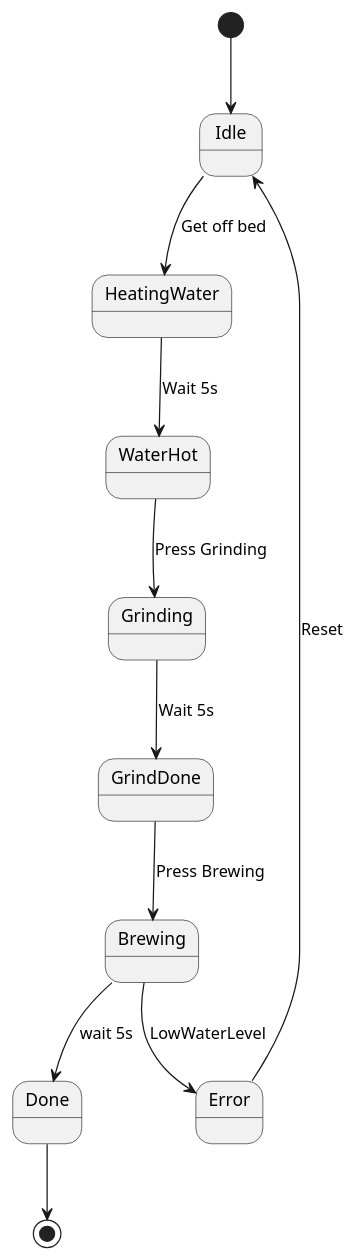
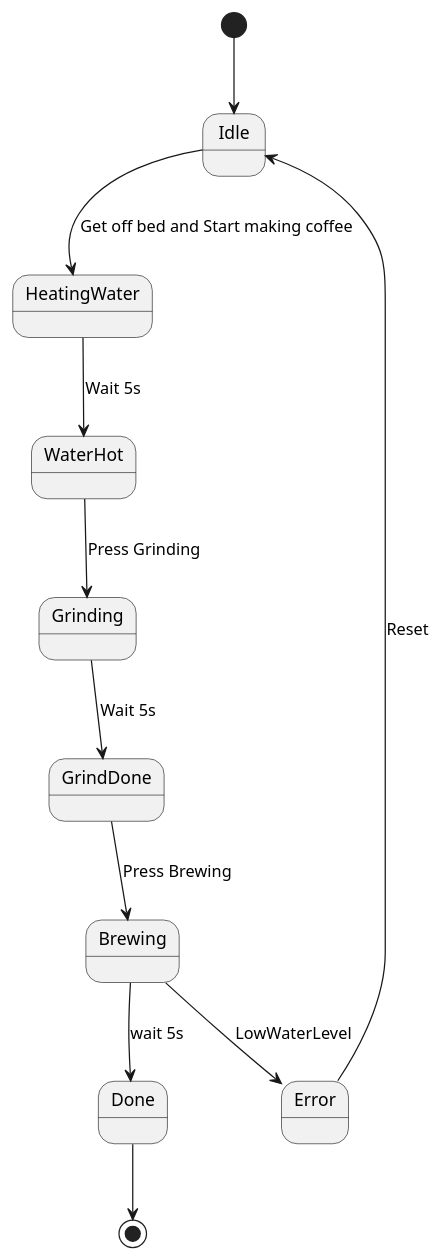
One commit to phamnhatha090805/Final_Assignment_Process_Safety changed the diagram in src/chapter_1.md. Above: the diagram before and after it, drawn with PlantUML. The commit also changed 2 other files, not shown here.

Commit message:
Edit chapter 1: Add the start making coffee

````diff
--- a/src/chapter_1.md
+++ b/src/chapter_1.md
@@ -2,14 +2,14 @@
 ```plantuml
 @startuml
     [*] --> Idle
-    Idle --> HeatingWater : Get off bed
+    Idle --> HeatingWater : Get off bed and Start making coffee
     HeatingWater --> WaterHot : Wait 5s
     WaterHot --> Grinding : Press Grinding
     Grinding --> GrindDone : Wait 5s
     GrindDone --> Brewing : Press Brewing
     Brewing --> Done : wait 5s
     Brewing --> Error : LowWaterLevel
     Error --> Idle : Reset
     Done --> [*]
 @enduml
 ```
````
